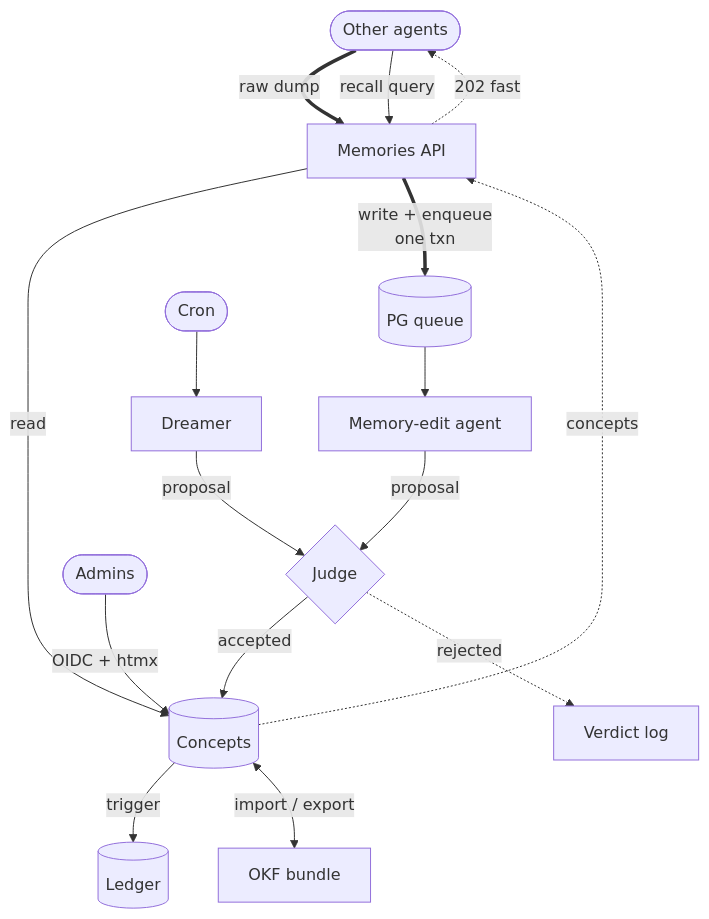
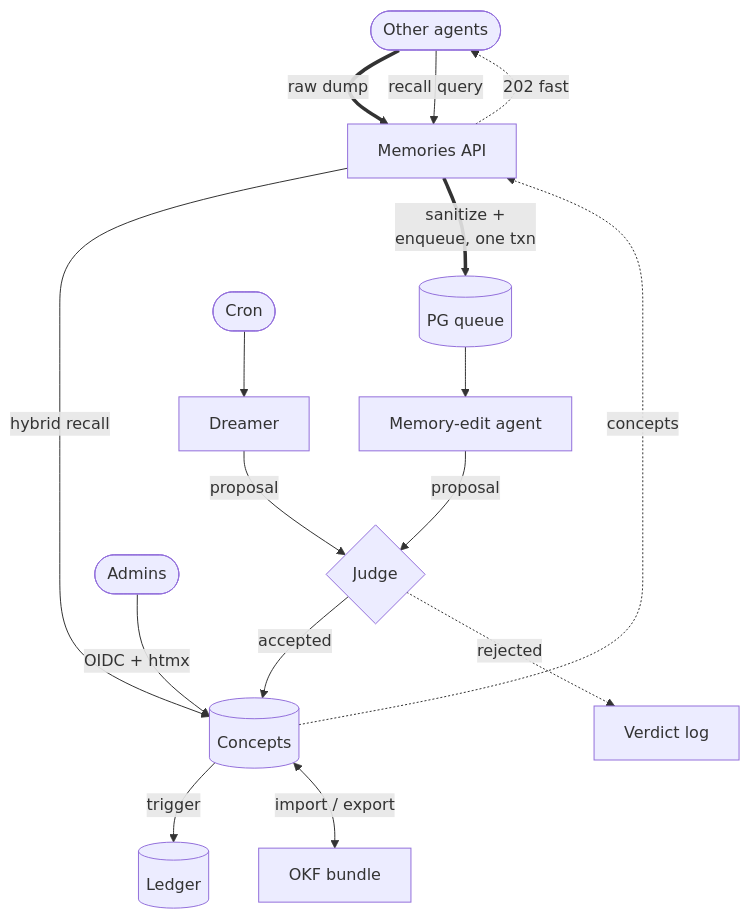
One commit to soniccyclone/okf-in-a-box changed the diagram in doc/planning/design-spec.md. Above: the diagram before and after it, drawn with Mermaid. The commit also changed other lines of this file, not shown here.

First line of the commit message:
docs: global org memory — scale, hybrid retrieval, PII knobs

````diff
--- a/doc/planning/design-spec.md
+++ b/doc/planning/design-spec.md
@@ -82,18 +82,18 @@
 ```mermaid
 flowchart TD
     Agents([Other agents]) ==>|raw dump| API[Memories API]
     API -.->|202 fast| Agents
     Agents -->|recall query| API
-    API -->|read| C
+    API -->|hybrid recall| C
     C -.->|concepts| API
-    API ==>|write + enqueue<br/>one txn| Q[(PG queue)]
+    API ==>|sanitize +<br/>enqueue, one txn| Q[(PG queue)]
     Cron([Cron]) --> Dream[Dreamer]
     Q --> ME[Memory-edit agent]
     ME -->|proposal| J{Judge}
     Dream -->|proposal| J
     J -->|accepted| C[(Concepts)]
     J -.->|rejected| V[Verdict log]
     C -->|trigger| L[(Ledger)]
     Admins([Admins]) -->|OIDC + htmx| C
     C <-->|import / export| B[OKF bundle]
 ```
````
